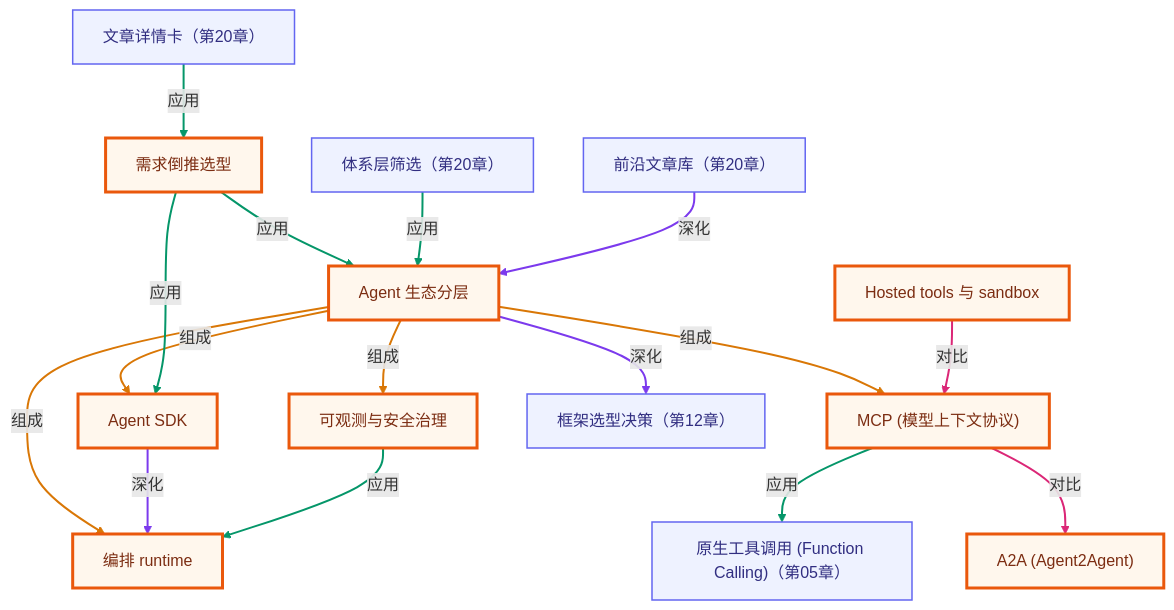
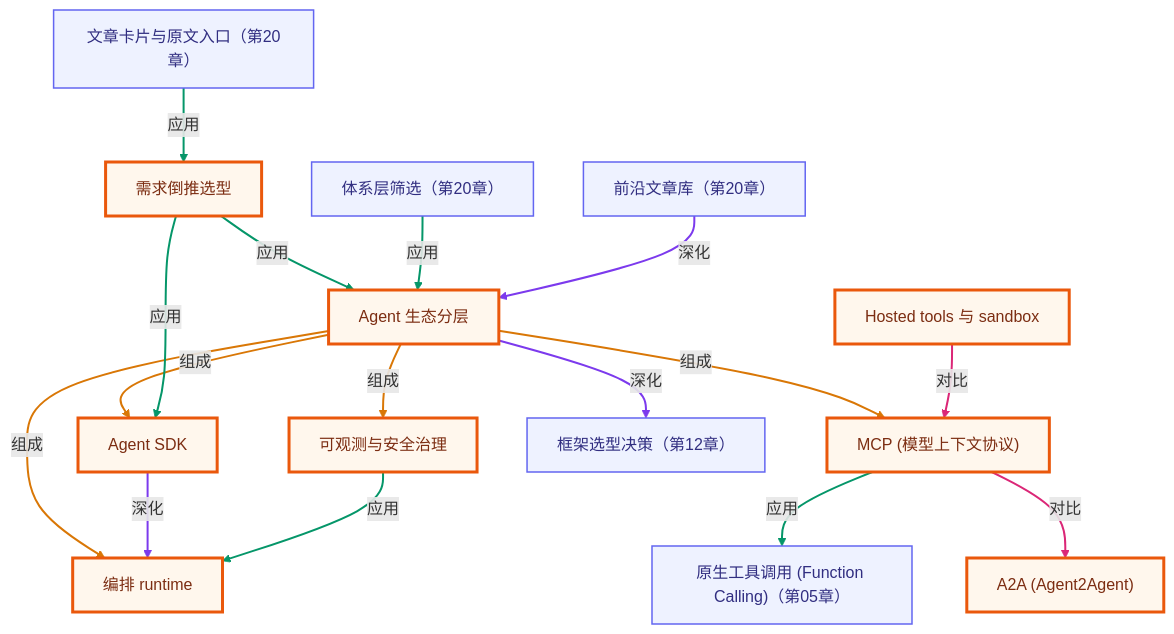
Before and after one commit to songuu/agent: the third of 3 diagrams in lessons/19-agent-ecosystem-and-frontier/README.md, drawn with Mermaid. The commit also changed other lines of this file and 59 other files, not shown here.

````diff
--- a/lessons/19-agent-ecosystem-and-frontier/README.md
+++ b/lessons/19-agent-ecosystem-and-frontier/README.md
@@ -418,50 +418,50 @@
 ```mermaid
 graph TB
   classDef own fill:#fff7ed,stroke:#ea580c,stroke-width:3px,color:#7c2d12;
   classDef cross fill:#eef2ff,stroke:#6366f1,stroke-width:1.5px,color:#312e81;
   n_c19_ecosystem_layers["Agent 生态分层"]
   n_c19_mcp["MCP (模型上下文协议)"]
   n_c19_a2a["A2A (Agent2Agent)"]
   n_c19_agent_sdk["Agent SDK"]
   n_c19_orchestration_runtime["编排 runtime"]
   n_c19_hosted_tools["Hosted tools 与 sandbox"]
   n_c19_stack_selection["需求倒推选型"]
   n_c19_governance["可观测与安全治理"]
   n_c20_layer_filter["体系层筛选（第20章）"]
-  n_c20_article_detail["文章详情卡（第20章）"]
+  n_c20_article_detail["文章卡片与原文入口（第20章）"]
   n_c12_framework_choice["框架选型决策（第12章）"]
   n_c05_native_tool_use["原生工具调用 (Function Calling)（第05章）"]
   n_c20_news_archive["前沿文章库（第20章）"]
   n_c19_ecosystem_layers -->|组成| n_c19_mcp
   n_c19_ecosystem_layers -->|组成| n_c19_agent_sdk
   n_c19_ecosystem_layers -->|组成| n_c19_orchestration_runtime
   n_c19_ecosystem_layers -->|组成| n_c19_governance
   n_c19_mcp -->|对比| n_c19_a2a
   n_c19_agent_sdk -->|深化| n_c19_orchestration_runtime
   n_c19_hosted_tools -->|对比| n_c19_mcp
   n_c19_stack_selection -->|应用| n_c19_ecosystem_layers
   n_c19_stack_selection -->|应用| n_c19_agent_sdk
   n_c19_governance -->|应用| n_c19_orchestration_runtime
   n_c20_layer_filter -->|应用| n_c19_ecosystem_layers
   n_c20_article_detail -->|应用| n_c19_stack_selection
   n_c19_ecosystem_layers -->|深化| n_c12_framework_choice
   n_c19_mcp -->|应用| n_c05_native_tool_use
   n_c20_news_archive -->|深化| n_c19_ecosystem_layers
   class n_c19_ecosystem_layers,n_c19_mcp,n_c19_a2a,n_c19_agent_sdk,n_c19_orchestration_runtime,n_c19_hosted_tools,n_c19_stack_selection,n_c19_governance own;
   class n_c20_layer_filter,n_c20_article_detail,n_c12_framework_choice,n_c05_native_tool_use,n_c20_news_archive cross;
   linkStyle 0 stroke:#d97706,stroke-width:2px;
   linkStyle 1 stroke:#d97706,stroke-width:2px;
   linkStyle 2 stroke:#d97706,stroke-width:2px;
   linkStyle 3 stroke:#d97706,stroke-width:2px;
   linkStyle 4 stroke:#db2777,stroke-width:2px;
   linkStyle 5 stroke:#7c3aed,stroke-width:2px;
   linkStyle 6 stroke:#db2777,stroke-width:2px;
   linkStyle 7 stroke:#059669,stroke-width:2px;
   linkStyle 8 stroke:#059669,stroke-width:2px;
   linkStyle 9 stroke:#059669,stroke-width:2px;
   linkStyle 10 stroke:#059669,stroke-width:2px;
   linkStyle 11 stroke:#059669,stroke-width:2px;
   linkStyle 12 stroke:#7c3aed,stroke-width:2px;
   linkStyle 13 stroke:#059669,stroke-width:2px;
   linkStyle 14 stroke:#7c3aed,stroke-width:2px;
 ```
````
